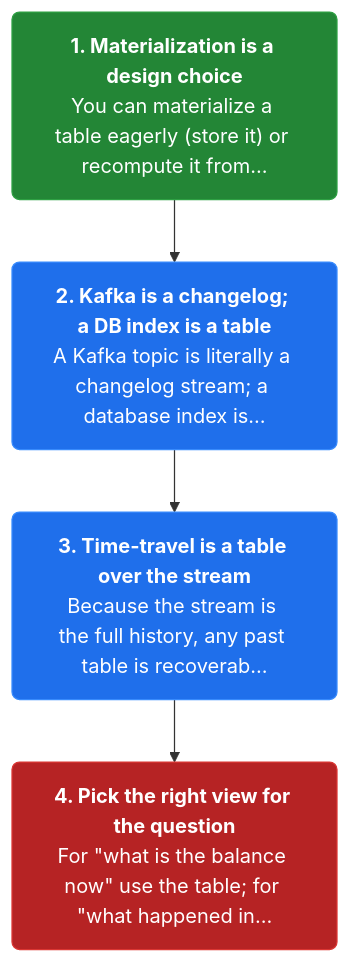
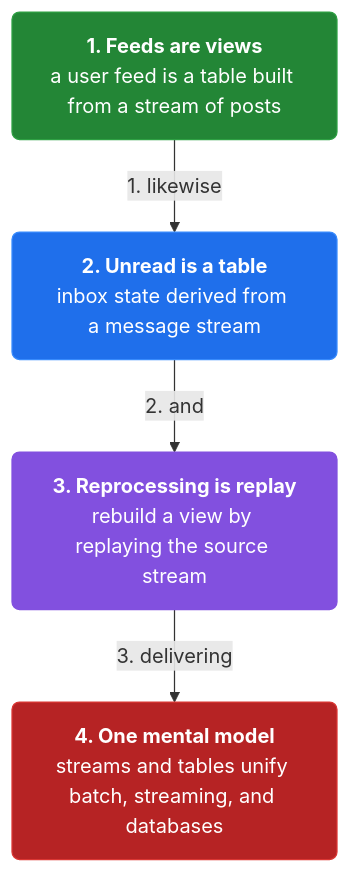
One commit to vinayakuber/streaming-systems-study-guide changed the third of 19 diagrams in docs/ch06-streams-and-tables.md. Above: the diagram before and after it, drawn with Mermaid. The commit also changed other lines of this file and 12 other files, not shown here.

First line of the commit message:
Author per-section and per-card mermaid diagrams (110 diagrams)

````diff
--- a/docs/ch06-streams-and-tables.md
+++ b/docs/ch06-streams-and-tables.md
@@ -90,13 +94,15 @@
 ```mermaid
 flowchart TD
-  classDef step fill:#1f6feb,color:#ffffff,stroke:#388bfd,stroke-width:1px,rx:6
+  classDef step fill:#1f6feb,color:#ffffff,stroke:#388bfd,rx:6
+  classDef core fill:#8250df,color:#ffffff,stroke:#8250df,rx:6
+  classDef warn fill:#d29922,color:#ffffff,stroke:#d29922,rx:6
   classDef start fill:#238636,color:#ffffff,stroke:#2ea043,rx:6
   classDef stop fill:#b62324,color:#ffffff,stroke:#da3633,rx:6
-  s2n0["<b>1. Materialization is a design choice</b><br/>You can materialize a table eagerly (store it) or recompute it from…"]:::start
-  s2n1["<b>2. Kafka is a changelog; a DB index is a table</b><br/>A Kafka topic is literally a changelog stream; a database index is…"]:::step
-  s2n2["<b>3. Time-travel is a table over the stream</b><br/>Because the stream is the full history, any past table is recoverab…"]:::step
-  s2n3["<b>4. Pick the right view for the question</b><br/>For #quot;what is the balance now#quot; use the table; for #quot;what happened in…"]:::stop
-  s2n0 --> s2n1
-  s2n1 --> s2n2
-  s2n2 --> s2n3
+  n0["<b>1. Feeds are views</b><br/>a user feed is a table built from a stream of posts"]:::start
+  n1["<b>2. Unread is a table</b><br/>inbox state derived from a message stream"]:::step
+  n2["<b>3. Reprocessing is replay</b><br/>rebuild a view by replaying the source stream"]:::core
+  n3["<b>4. One mental model</b><br/>streams and tables unify batch, streaming, and databases"]:::stop
+  n0 -->|"1. likewise"| n1
+  n1 -->|"2. and"| n2
+  n2 -->|"3. delivering"| n3
 ```
````
